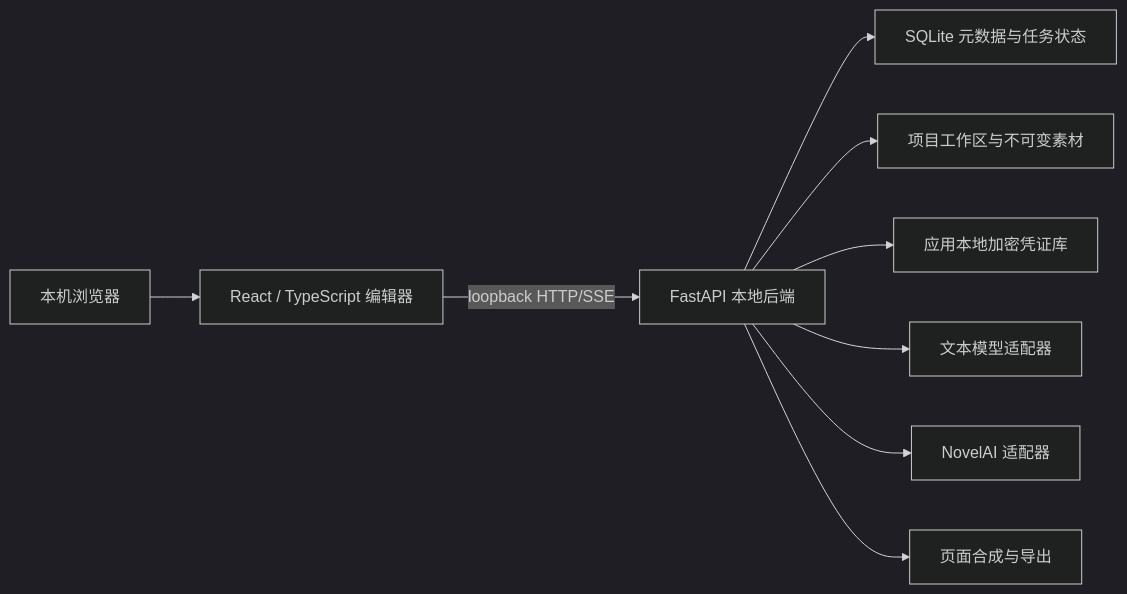
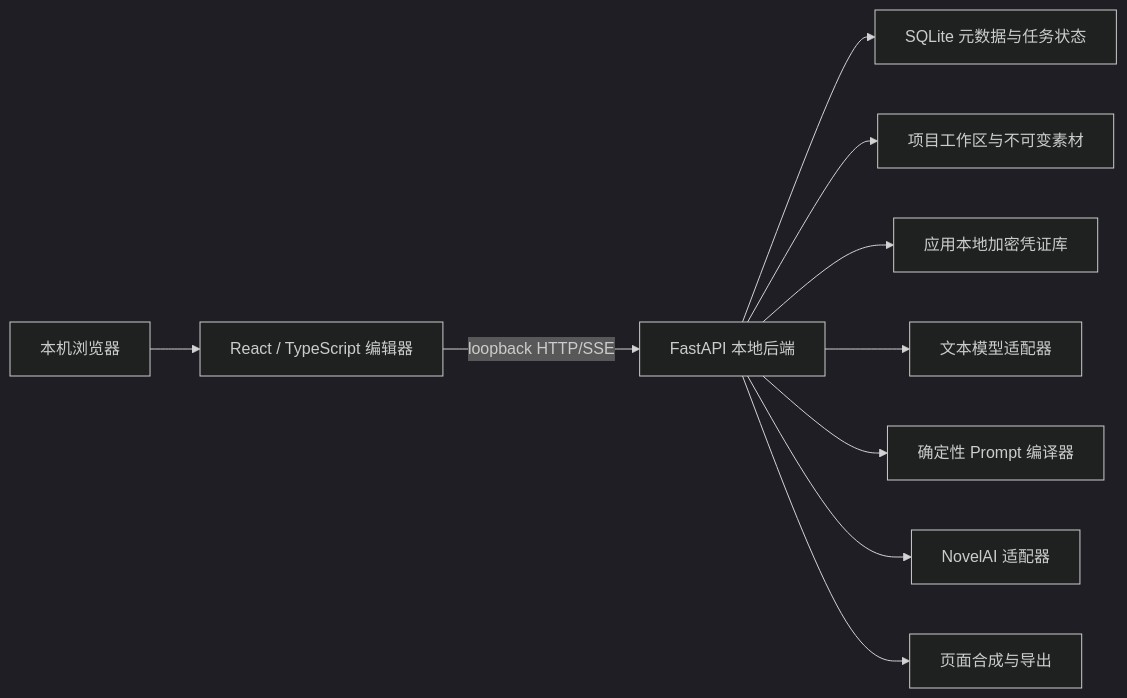
One commit to Litinan-Ery/Manga-Maker changed the second of 2 diagrams in PRD.md. Above: the diagram before and after it, drawn with Mermaid (dark theme). The commit also changed other lines of this file and 2 other files, not shown here.

````diff
--- a/PRD.md
+++ b/PRD.md
@@ -576,11 +684,12 @@
 ```mermaid
 flowchart LR
     U["本机浏览器"] --> F["React / TypeScript 编辑器"]
     F -->|loopback HTTP/SSE| B["FastAPI 本地后端"]
     B --> D["SQLite 元数据与任务状态"]
     B --> W["项目工作区与不可变素材"]
     B --> K["应用本地加密凭证库"]
     B --> L["文本模型适配器"]
+    B --> PC["确定性 Prompt 编译器"]
     B --> N["NovelAI 适配器"]
     B --> C["页面合成与导出"]
 ```
````
